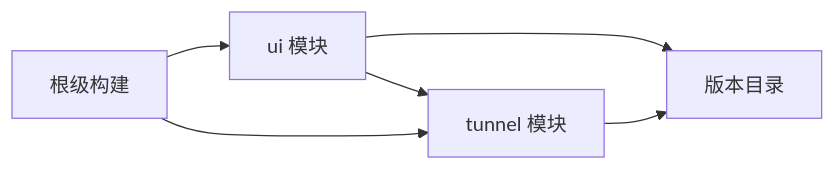
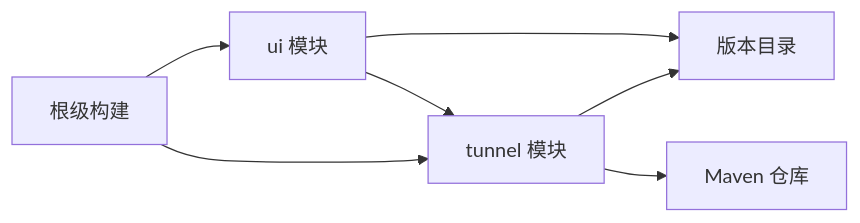
Before and after one commit to tea4go/wireguard-android: the third of 3 diagrams in .qoder/repowiki/zh/content/开发指南/构建系统配置.md, drawn with Mermaid. The commit also changed other lines of this file and 4 other files, not shown here.

````diff
--- a/.qoder/repowiki/zh/content/开发指南/构建系统配置.md
+++ b/.qoder/repowiki/zh/content/开发指南/构建系统配置.md
@@ -264,8 +296,9 @@
 ```mermaid
 graph LR
 ui_mod["ui 模块"] --> tunnel_mod["tunnel 模块"]
 ui_mod --> versions["版本目录"]
 tunnel_mod --> versions
+tunnel_mod --> maven_repo["Maven 仓库"]
 root_build["根级构建"] --> ui_mod
 root_build --> tunnel_mod
 ```
````
